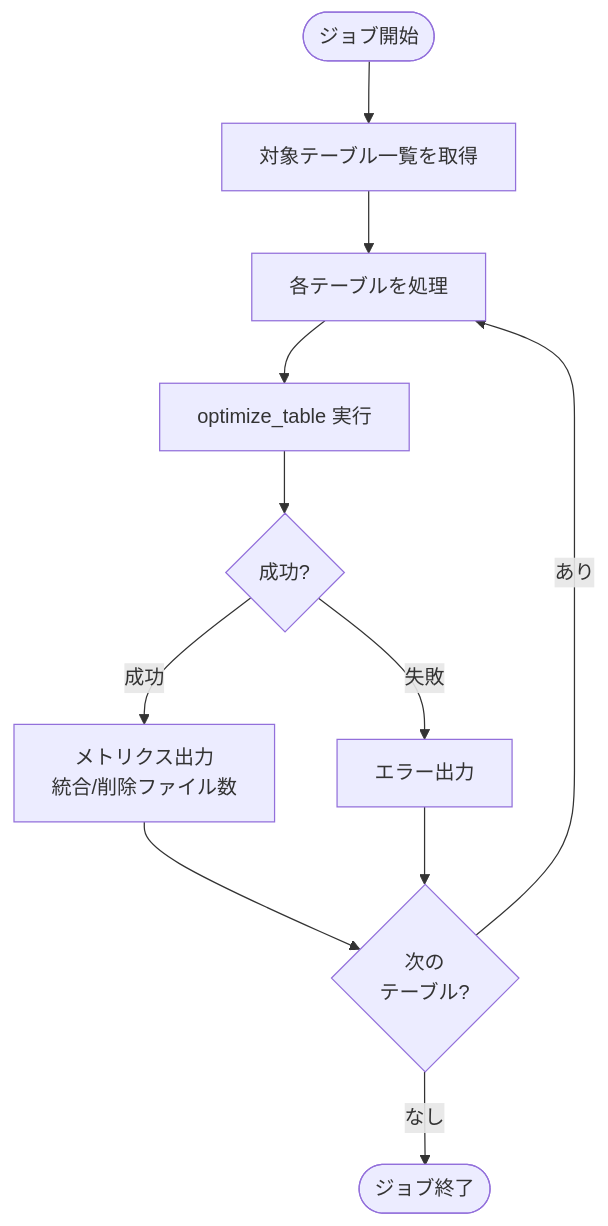
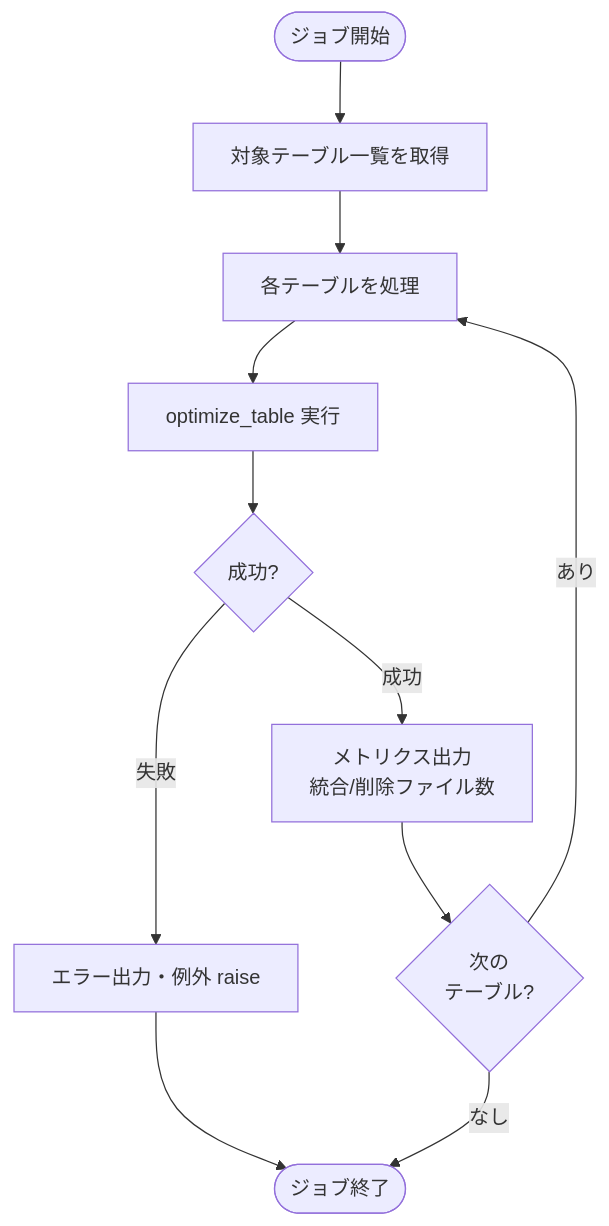
Before and after one commit to NSW-SVCP-AIWG002/Databricks-IoT: the first of 3 diagrams in docs/03-features/batch/optimization/job-specification.md, drawn with Mermaid. The commit also changed other lines of this file and 3 other files, not shown here.

````diff
--- a/docs/03-features/batch/optimization/job-specification.md
+++ b/docs/03-features/batch/optimization/job-specification.md
@@ -90,17 +90,17 @@
 ```mermaid
 flowchart TD
     Start([ジョブ開始]) --> GetTables[対象テーブル一覧を取得]
     GetTables --> Loop[各テーブルを処理]
 
     Loop --> Optimize[optimize_table 実行]
     Optimize --> Result{成功?}
 
     Result -->|成功| Metrics[メトリクス出力<br>統合/削除ファイル数]
-    Result -->|失敗| Error[エラー出力]
+    Result -->|失敗| Error[エラー出力・例外 raise]
 
     Metrics --> Next{次の<br>テーブル?}
-    Error --> Next
+    Error --> End
 
     Next -->|あり| Loop
     Next -->|なし| End([ジョブ終了])
 ```
````
